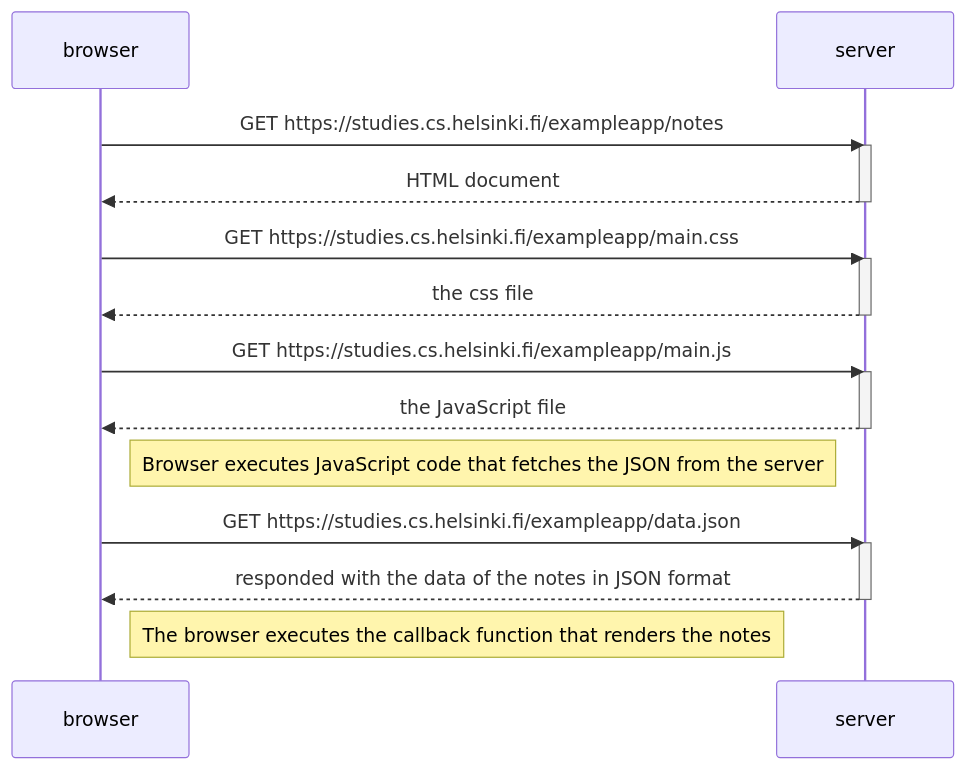
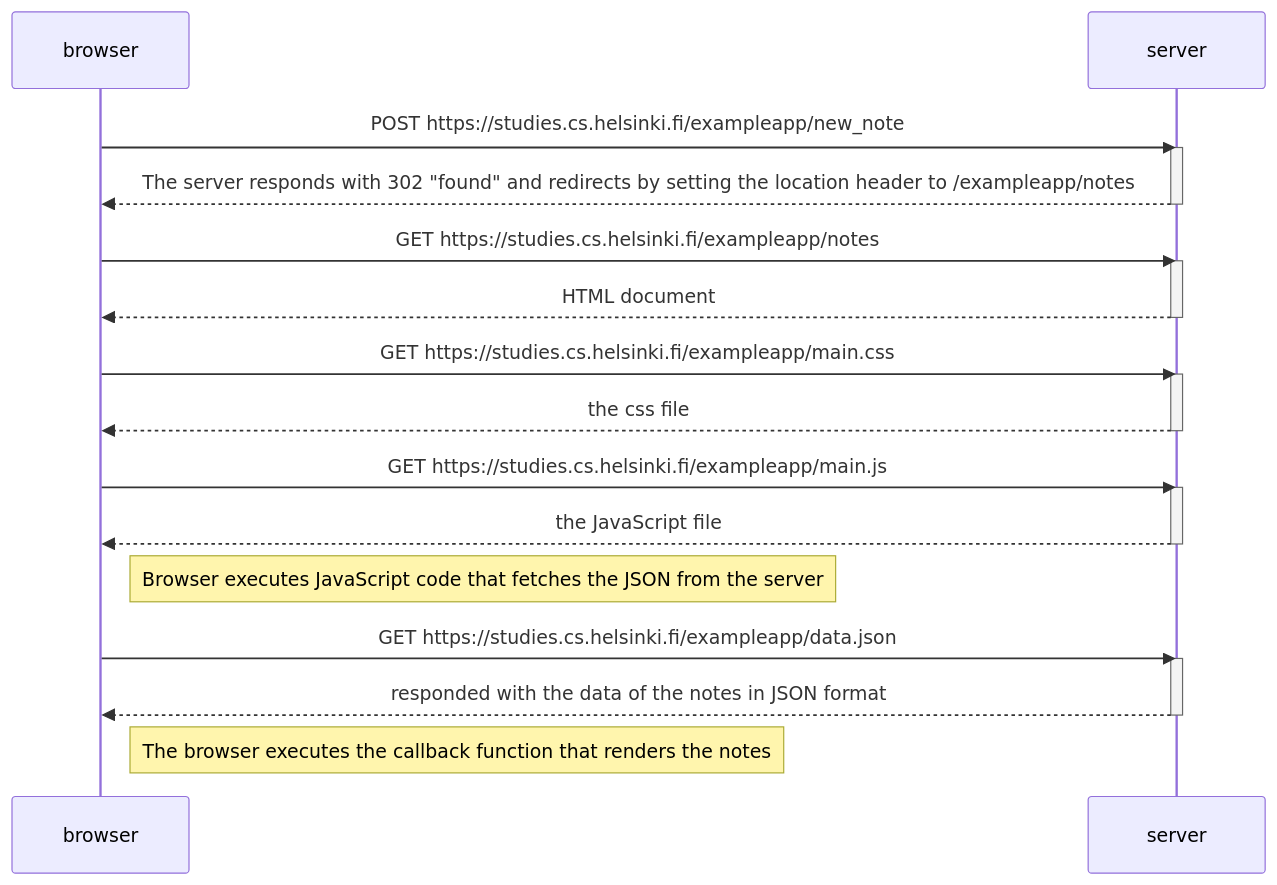
Before and after one commit to edsamhw/fullstackopen-slopez: the diagram in part 0/exercise0.4.md, drawn with Mermaid. The commit also changed 2 other files, not shown here.

Commit message:
Added 0.5 and 0.6 exercises

````diff
--- a/part 0/exercise0.4.md
+++ b/part 0/exercise0.4.md
@@ -2,29 +2,34 @@
 ```mermaid
 sequenceDiagram
     participant browser
     participant server
+
+    browser->>server: POST https://studies.cs.helsinki.fi/exampleapp/new_note
+    activate server
+    server-->>browser: The server responds with 302 "found" and redirects by setting the location header to /exampleapp/notes
+    deactivate server
 
     browser->>server: GET https://studies.cs.helsinki.fi/exampleapp/notes
     activate server
     server-->>browser: HTML document
     deactivate server
 
     browser->>server: GET https://studies.cs.helsinki.fi/exampleapp/main.css
     activate server
     server-->>browser: the css file
     deactivate server
 
     browser->>server: GET https://studies.cs.helsinki.fi/exampleapp/main.js
     activate server
     server-->>browser: the JavaScript file
     deactivate server
 
     Note right of browser: Browser executes JavaScript code that fetches the JSON from the server
 
     browser->>server: GET https://studies.cs.helsinki.fi/exampleapp/data.json
     activate server
     server-->>browser: responded with the data of the notes in JSON format
     deactivate server
 
     Note right of browser: The browser executes the callback function that renders the notes
 ```
````
